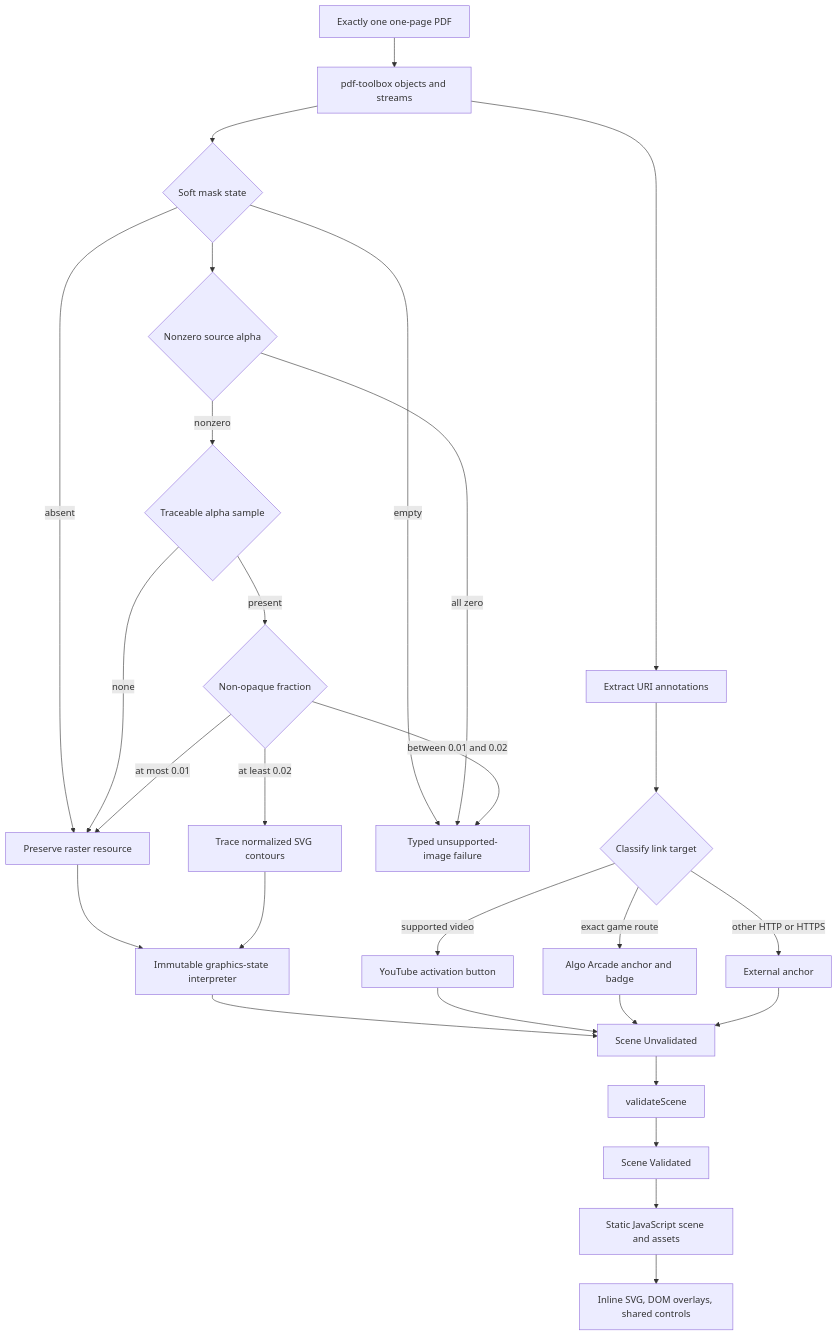
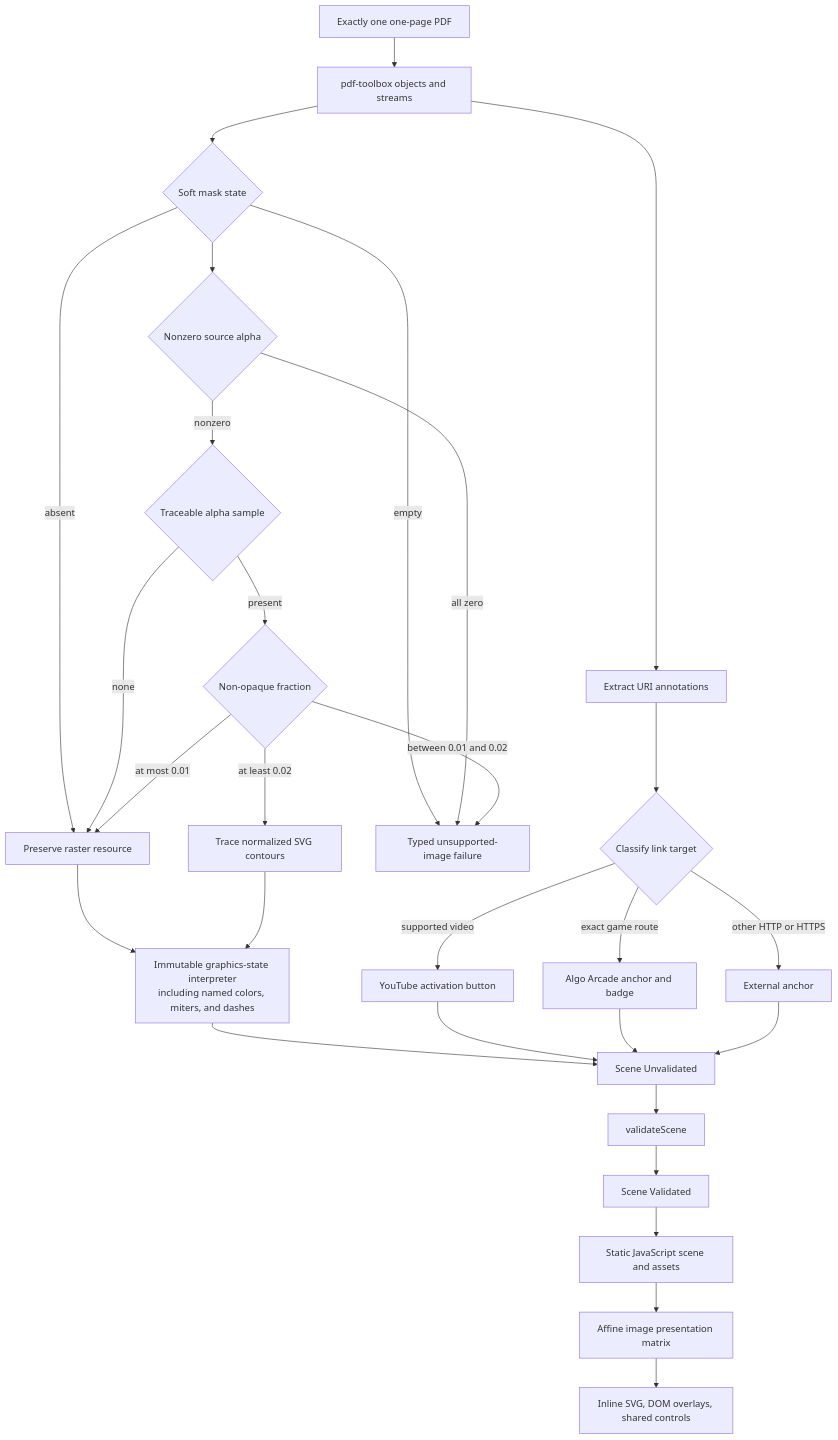
One commit to bajor/notes-website-factory changed the third of 3 diagrams in docs/architecture.md. Above: the diagram before and after it, drawn with Mermaid. The commit also changed other lines of this file and 9 other files, not shown here.

Commit message:
Document expanded Freeform graphics

````diff
--- a/docs/architecture.md
+++ b/docs/architecture.md
@@ -75,46 +75,47 @@
 ```mermaid
 flowchart TD
   Input[Exactly one one-page PDF]
   Parse[pdf-toolbox objects and streams]
   Mask{Soft mask state}
   SourceAlpha{Nonzero source alpha}
   Traceable{Traceable alpha sample}
   Fraction{Non-opaque fraction}
   Raster[Preserve raster resource]
   Vector[Trace normalized SVG contours]
   Reject[Typed unsupported-image failure]
   Links[Extract URI annotations]
   Target{Classify link target}
   YouTube[YouTube activation button]
   Game[Algo Arcade anchor and badge]
   External[External anchor]
-  Interpret[Immutable graphics-state interpreter]
+  Interpret[Immutable graphics-state interpreter<br/>including named colors, miters, and dashes]
   Raw[Scene Unvalidated]
   Validate[validateScene]
   Valid[Scene Validated]
   Emit[Static JavaScript scene and assets]
+  Affine[Affine image presentation matrix]
   Browser[Inline SVG, DOM overlays, shared controls]
 
   Input --> Parse --> Mask
   Parse --> Links --> Target
   Mask -->|absent| Raster
   Mask -->|empty| Reject
   Mask --> SourceAlpha
   SourceAlpha -->|all zero| Reject
   SourceAlpha -->|nonzero| Traceable
   Traceable -->|none| Raster
   Traceable -->|present| Fraction
   Fraction -->|at most 0.01| Raster
   Fraction -->|between 0.01 and 0.02| Reject
   Fraction -->|at least 0.02| Vector
   Target -->|supported video| YouTube
   Target -->|exact game route| Game
   Target -->|other HTTP or HTTPS| External
   Raster --> Interpret
   Vector --> Interpret
   Interpret --> Raw
   YouTube --> Raw
   Game --> Raw
   External --> Raw
-  Raw --> Validate --> Valid --> Emit --> Browser
+  Raw --> Validate --> Valid --> Emit --> Affine --> Browser
 ```
````
